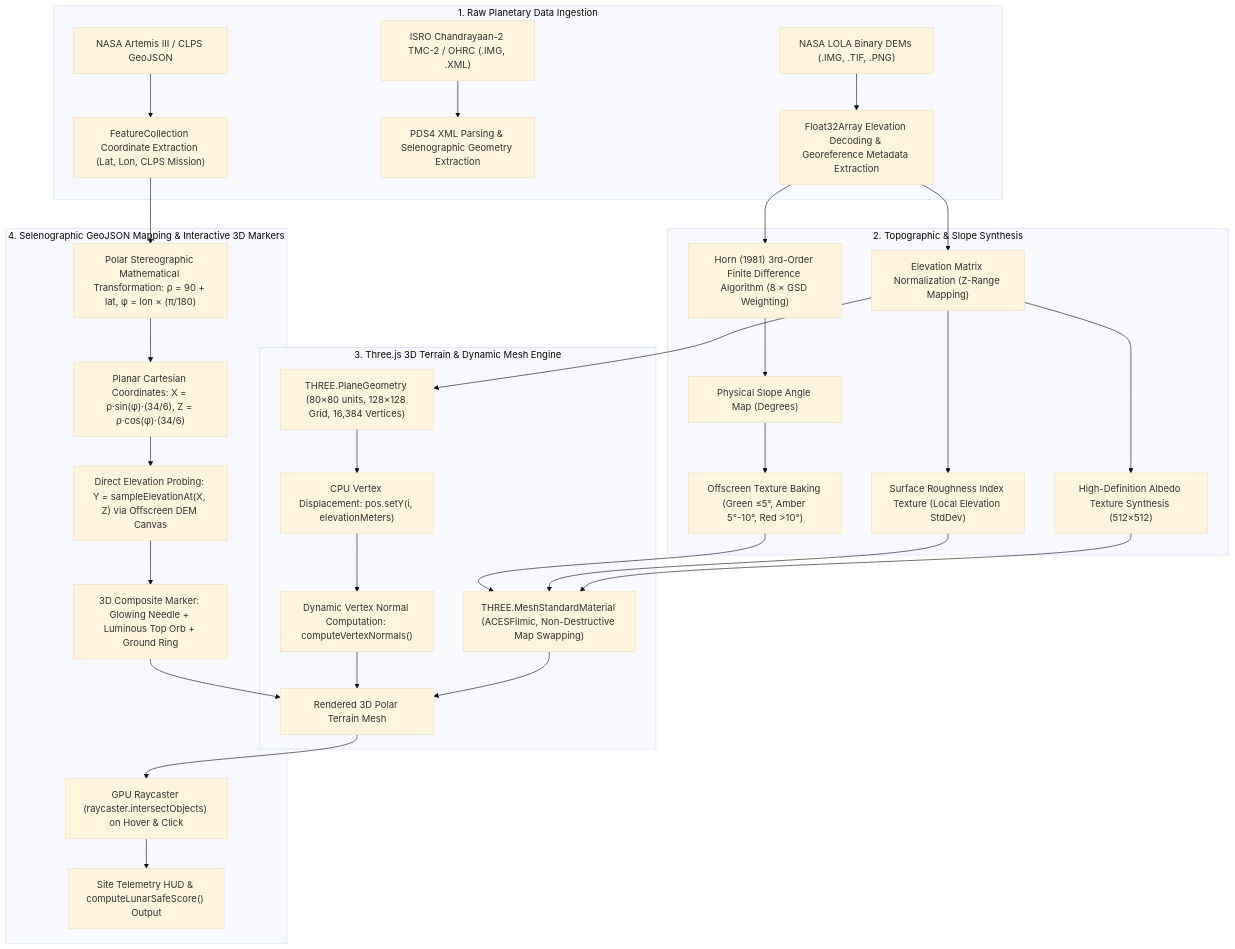
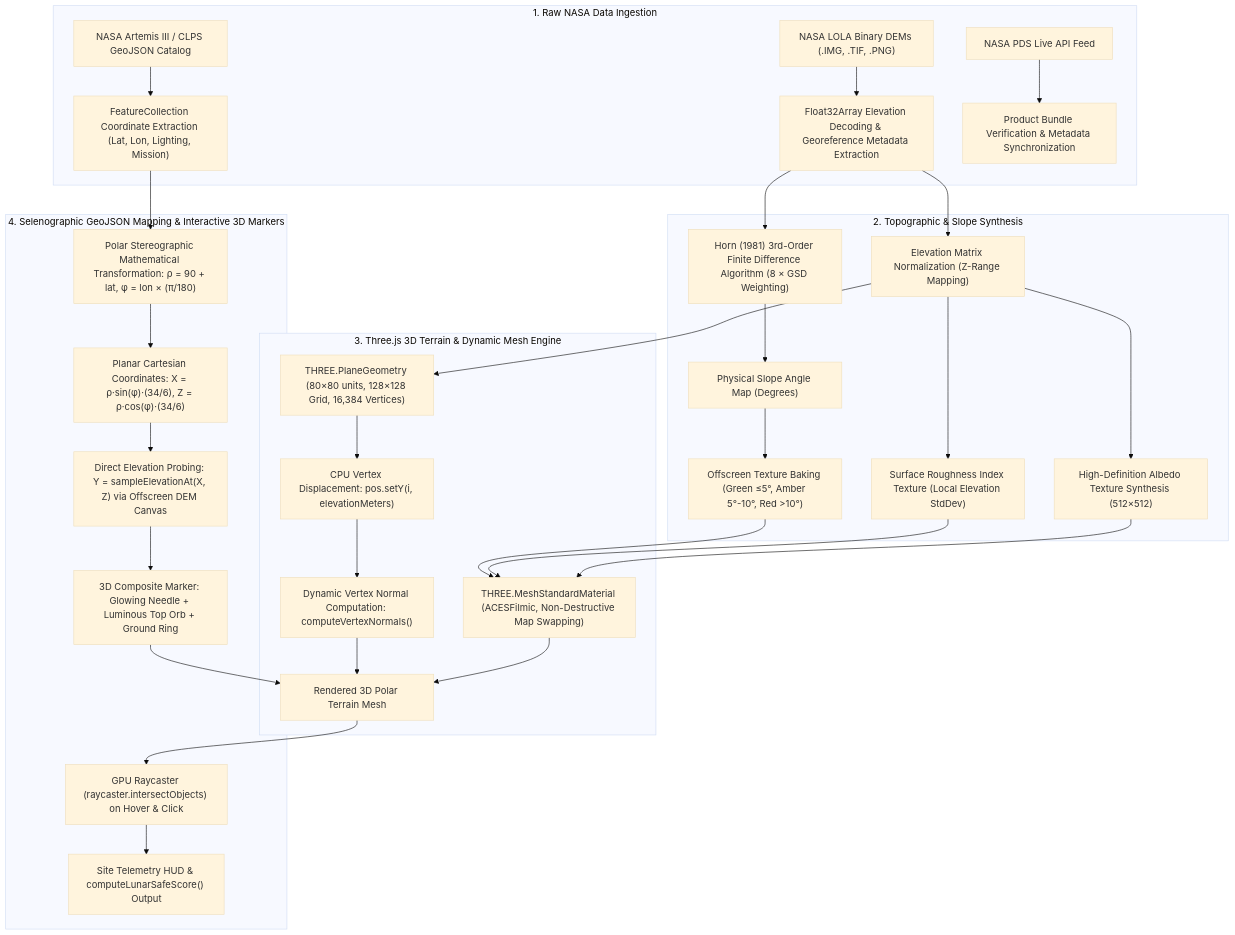
One commit to darshan1972/LunarSafe-CLPS-Browser changed the diagram in DATA_PROVENANCE_REPORT.md. Above: the diagram before and after it, drawn with Mermaid (base theme). The commit also changed other lines of this file and 7 other files, not shown here.

Commit message:
feat: final NASA submission release - clean UI, audited math, and NASA-only data pipeline

````diff
--- a/DATA_PROVENANCE_REPORT.md
+++ b/DATA_PROVENANCE_REPORT.md
@@ -167,35 +94,35 @@
 ```mermaid
 flowchart TD
-    subgraph S1["1. Raw Planetary Data Ingestion"]
+    subgraph S1["1. Raw NASA Data Ingestion"]
         A1["NASA LOLA Binary DEMs (.IMG, .TIF, .PNG)"] --> B1["Float32Array Elevation Decoding & Georeference Metadata Extraction"]
-        A2["ISRO Chandrayaan-2 TMC-2 / OHRC (.IMG, .XML)"] --> B2["PDS4 XML Parsing & Selenographic Geometry Extraction"]
-        A3["NASA Artemis III / CLPS GeoJSON"] --> B3["FeatureCollection Coordinate Extraction (Lat, Lon, CLPS Mission)"]
+        A2["NASA Artemis III / CLPS GeoJSON Catalog"] --> B2["FeatureCollection Coordinate Extraction (Lat, Lon, Lighting, Mission)"]
+        A3["NASA PDS Live API Feed"] --> B3["Product Bundle Verification & Metadata Synchronization"]
     end
 
     subgraph S2["2. Topographic & Slope Synthesis"]
         B1 --> C1["Elevation Matrix Normalization (Z-Range Mapping)"]
         B1 --> C2["Horn (1981) 3rd-Order Finite Difference Algorithm (8 × GSD Weighting)"]
         C2 --> D1["Physical Slope Angle Map (Degrees)"]
         D1 --> D2["Offscreen Texture Baking (Green ≤5°, Amber 5°-10°, Red >10°)"]
         C1 --> D3["Surface Roughness Index Texture (Local Elevation StdDev)"]
         C1 --> D4["High-Definition Albedo Texture Synthesis (512×512)"]
     end
 
     subgraph S3["3. Three.js 3D Terrain & Dynamic Mesh Engine"]
         C1 --> E1["THREE.PlaneGeometry (80×80 units, 128×128 Grid, 16,384 Vertices)"]
         E1 --> E2["CPU Vertex Displacement: pos.setY(i, elevationMeters)"]
         E2 --> E3["Dynamic Vertex Normal Computation: computeVertexNormals()"]
         D2 & D3 & D4 --> E4["THREE.MeshStandardMaterial (ACESFilmic, Non-Destructive Map Swapping)"]
         E3 & E4 --> E5["Rendered 3D Polar Terrain Mesh"]
     end
 
     subgraph S4["4. Selenographic GeoJSON Mapping & Interactive 3D Markers"]
-        B3 --> F1["Polar Stereographic Mathematical Transformation: ρ = 90 + lat, φ = lon × (π/180)"]
+        B2 --> F1["Polar Stereographic Mathematical Transformation: ρ = 90 + lat, φ = lon × (π/180)"]
         F1 --> F2["Planar Cartesian Coordinates: X = ρ·sin(φ)·(34/6), Z = ρ·cos(φ)·(34/6)"]
         F2 --> F3["Direct Elevation Probing: Y = sampleElevationAt(X, Z) via Offscreen DEM Canvas"]
         F3 --> F4["3D Composite Marker: Glowing Needle + Luminous Top Orb + Ground Ring"]
         F4 --> E5
         E5 --> G1["GPU Raycaster (raycaster.intersectObjects) on Hover & Click"]
         G1 --> G2["Site Telemetry HUD & computeLunarSafeScore() Output"]
     end
 ```
````
